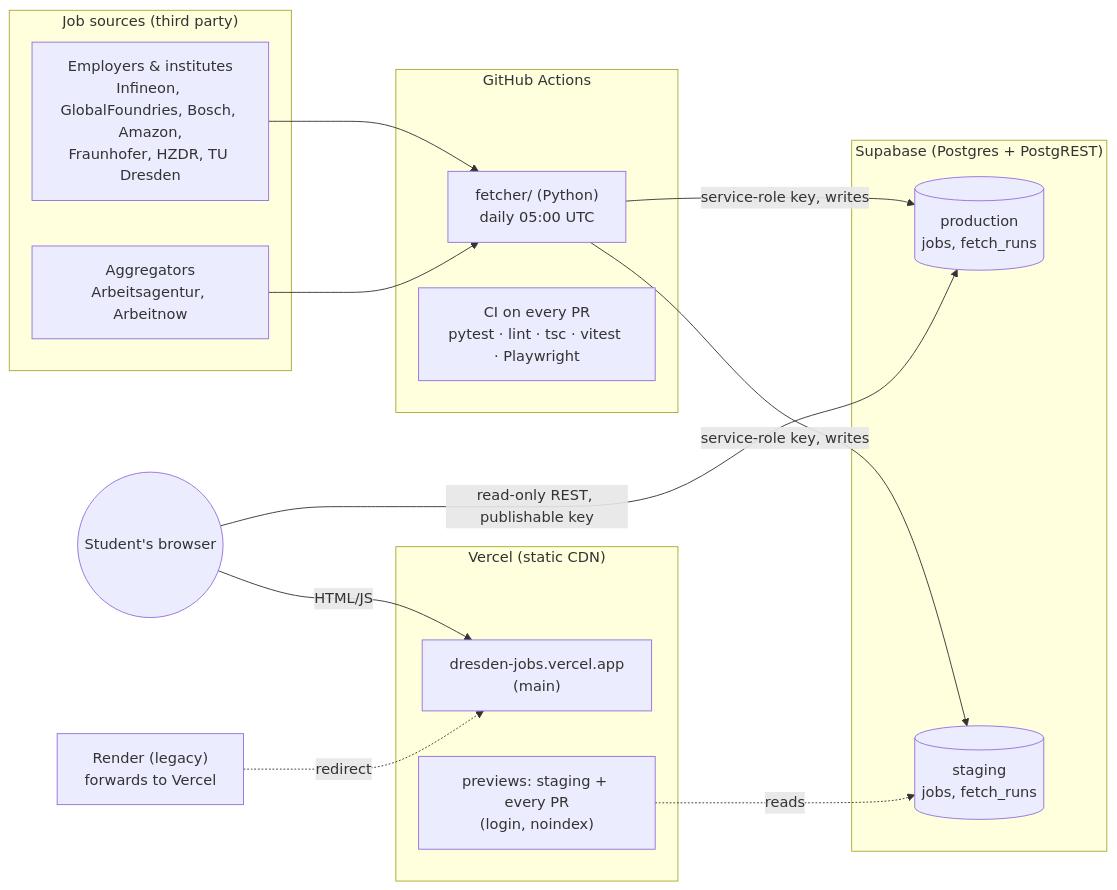
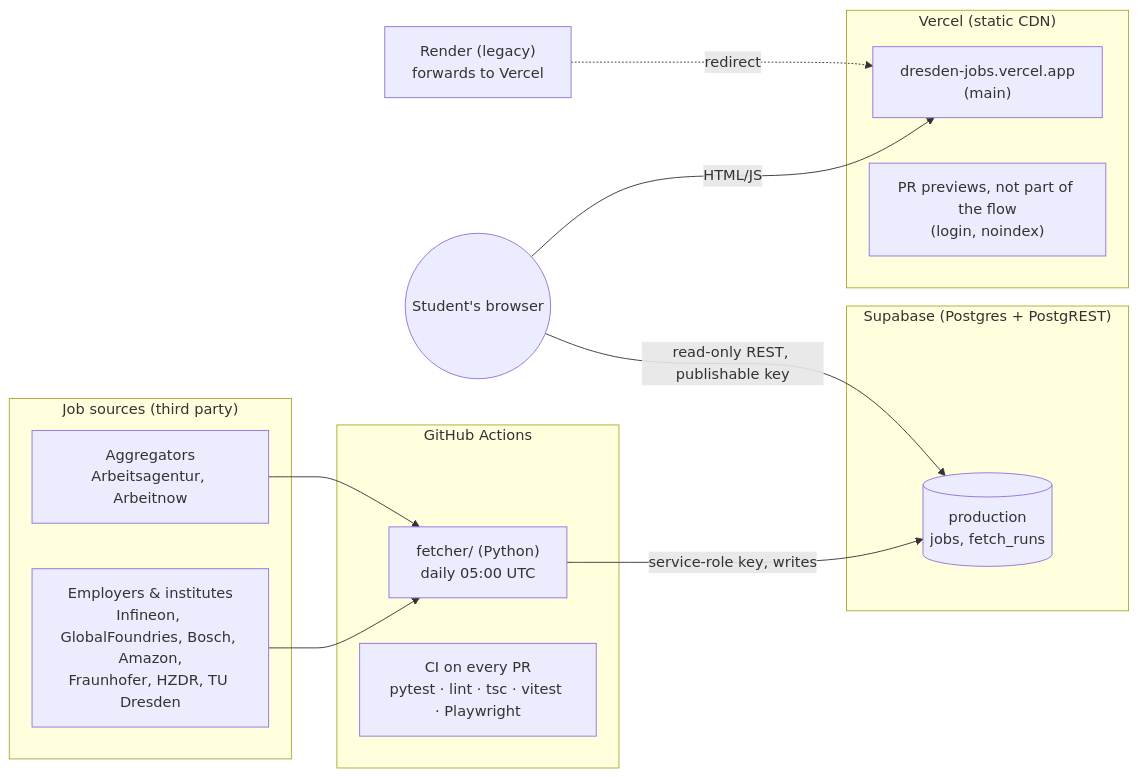
Before and after one commit to nguyenlekevin04/job-finder-for-students: the first of 3 diagrams in docs/architecture.md, drawn with Mermaid. The commit also changed other lines of this file and 18 other files, not shown here.

````diff
--- a/docs/architecture.md
+++ b/docs/architecture.md
@@ -11,29 +11,26 @@
 ```mermaid
 flowchart LR
   subgraph Sources["Job sources (third party)"]
     E["Employers & institutes<br/>Infineon, GlobalFoundries, Bosch, Amazon,<br/>Fraunhofer, HZDR, TU Dresden"]
     A["Aggregators<br/>Arbeitsagentur, Arbeitnow"]
   end
   subgraph GH["GitHub Actions"]
     F["fetcher/ (Python)<br/>daily 05:00 UTC"]
     CI["CI on every PR<br/>pytest · lint · tsc · vitest · Playwright"]
   end
   subgraph SB["Supabase (Postgres + PostgREST)"]
     P[("production<br/>jobs, fetch_runs")]
-    S[("staging<br/>jobs, fetch_runs")]
   end
   subgraph V["Vercel (static CDN)"]
     PROD["dresden-jobs.vercel.app<br/>(main)"]
-    PREV["previews: staging + every PR<br/>(login, noindex)"]
+    PREV["PR previews, not part of the flow<br/>(login, noindex)"]
   end
   R["Render (legacy)<br/>forwards to Vercel"]
   U(("Student's browser"))
 
   E & A --> F
   F -- "service-role key, writes" --> P
-  F -- "service-role key, writes" --> S
   U -- "HTML/JS" --> PROD
   U -- "read-only REST, publishable key" --> P
-  PREV -. reads .-> S
   R -. redirect .-> PROD
 ```
````
